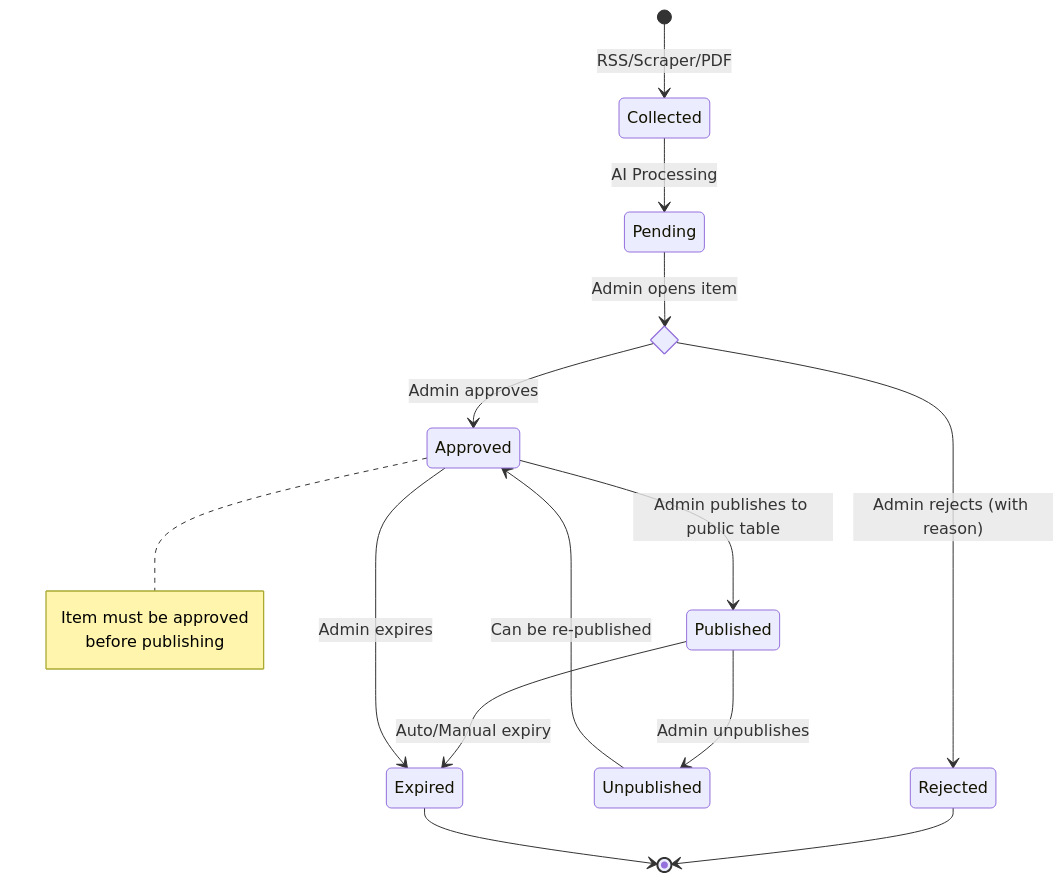
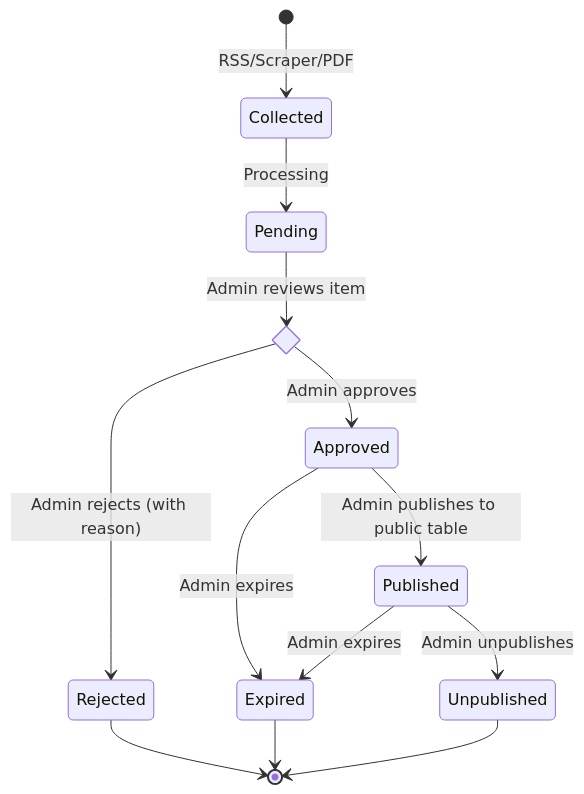
One commit to ankitpandey006/BharatLens changed the fourth of 6 diagrams in DOCUMENTATION.md. Above: the diagram before and after it, drawn with Mermaid. The commit also changed other lines of this file and 28 other files, not shown here.

````diff
--- a/DOCUMENTATION.md
+++ b/DOCUMENTATION.md
@@ -972,26 +1022,21 @@
 ```mermaid
 stateDiagram-v2
     [*] --> Collected: RSS/Scraper/PDF
-    Collected --> Pending: AI Processing
+    Collected --> Pending: Processing
     
     state AdminReview <<choice>>
-    Pending --> AdminReview: Admin opens item
+    Pending --> AdminReview: Admin reviews item
     
     AdminReview --> Approved: Admin approves
     AdminReview --> Rejected: Admin rejects (with reason)
     
     Approved --> Published: Admin publishes to public table
     Published --> Unpublished: Admin unpublishes
     
-    Published --> Expired: Auto/Manual expiry
     Approved --> Expired: Admin expires
+    Published --> Expired: Admin expires
     
     Rejected --> [*]
     Expired --> [*]
-    Unpublished --> Approved: Can be re-published
-    
-    note right of Approved
-        Item must be approved
-        before publishing
-    end note
+    Unpublished --> [*]
 ```
````
